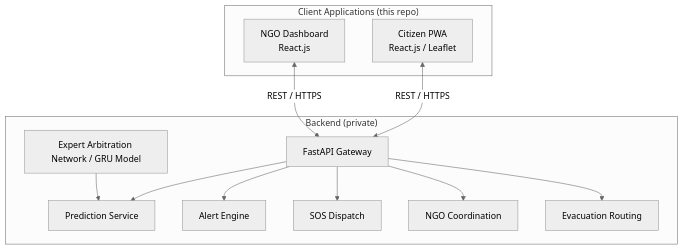
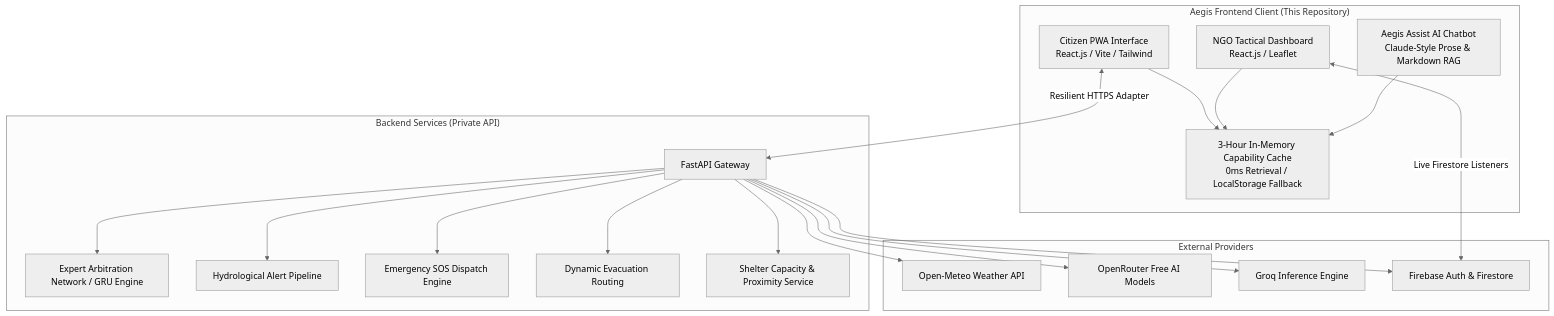
The diagram in README.md (taha463/aegis-frontend), drawn with Mermaid (neutral theme) before and after one commit. The commit also changed other lines of this file and 1 other file, not shown here.

Commit message:
docs(readme): upgrade README with live CI badge, testing breakdown, architecture and reproduction setup

````diff
--- a/README.md
+++ b/README.md
@@ -44,22 +55,33 @@
 ```mermaid
 graph TD
-    subgraph "Client Applications (this repo)"
-        PWA[Citizen PWA<br/>React.js / Leaflet]
-        NGO[NGO Dashboard<br/>React.js]
+    subgraph "Aegis Frontend Client (This Repository)"
+        PWA[Citizen PWA Interface<br/>React.js / Vite / Tailwind]
+        NGO[NGO Tactical Dashboard<br/>React.js / Leaflet]
+        Cache[3-Hour In-Memory Capability Cache<br/>0ms Retrieval / LocalStorage Fallback]
+        Assistant[Aegis Assist AI Chatbot<br/>Claude-Style Prose & Markdown RAG]
+        PWA --> Cache
+        NGO --> Cache
+        Assistant --> Cache
     end
 
-    subgraph "Backend (private)"
+    subgraph "Backend Services (Private API)"
         API[FastAPI Gateway]
-        PredSvc[Prediction Service]
-        AlertSvc[Alert Engine]
-        SOSSvc[SOS Dispatch]
-        CoordSvc[NGO Coordination]
-        RouteSvc[Evacuation Routing]
-        EAN[Expert Arbitration Network / GRU Model]
+        EAN[Expert Arbitration Network / GRU Engine]
+        AlertSvc[Hydrological Alert Pipeline]
+        SOSSvc[Emergency SOS Dispatch Engine]
+        RouteSvc[Dynamic Evacuation Routing]
+        ShelterSvc[Shelter Capacity & Proximity Service]
     end
 
-    PWA <-->|REST / HTTPS| API
-    NGO <-->|REST / HTTPS| API
-    API --> PredSvc & AlertSvc & SOSSvc & CoordSvc & RouteSvc
-    EAN --> PredSvc
+    subgraph "External Providers"
+        OM[Open-Meteo Weather API]
+        OR[OpenRouter Free AI Models]
+        GQ[Groq Inference Engine]
+        FB[Firebase Auth & Firestore]
+    end
+
+    PWA <-->|Resilient HTTPS Adapter| API
+    NGO <-->|Live Firestore Listeners| FB
+    API --> EAN & AlertSvc & SOSSvc & RouteSvc & ShelterSvc
+    API --> OM & OR & GQ & FB
 ```
````
